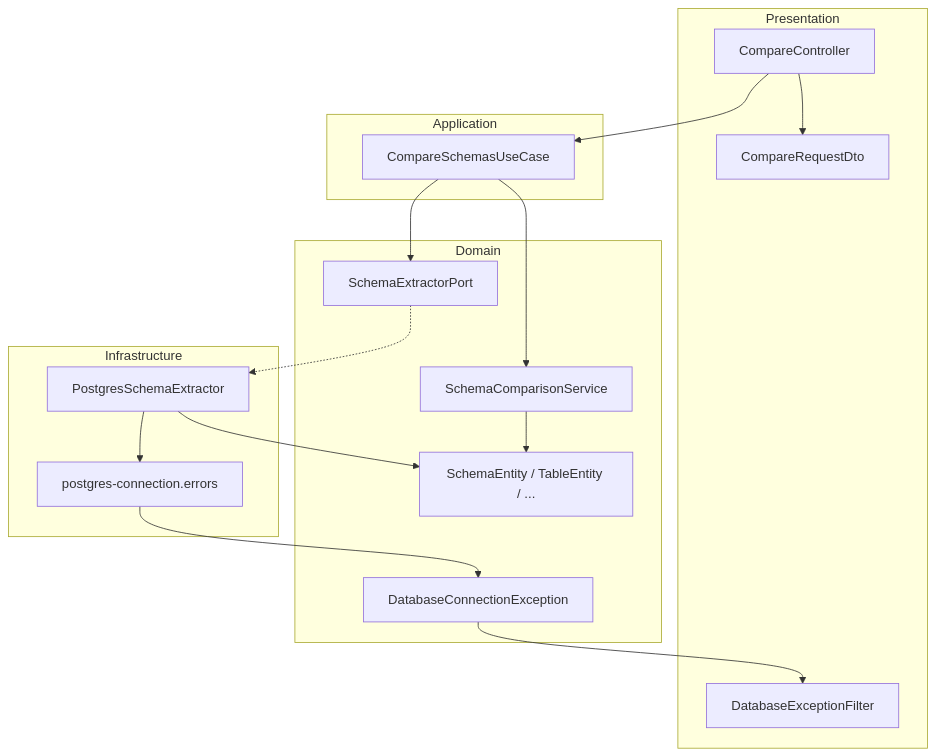
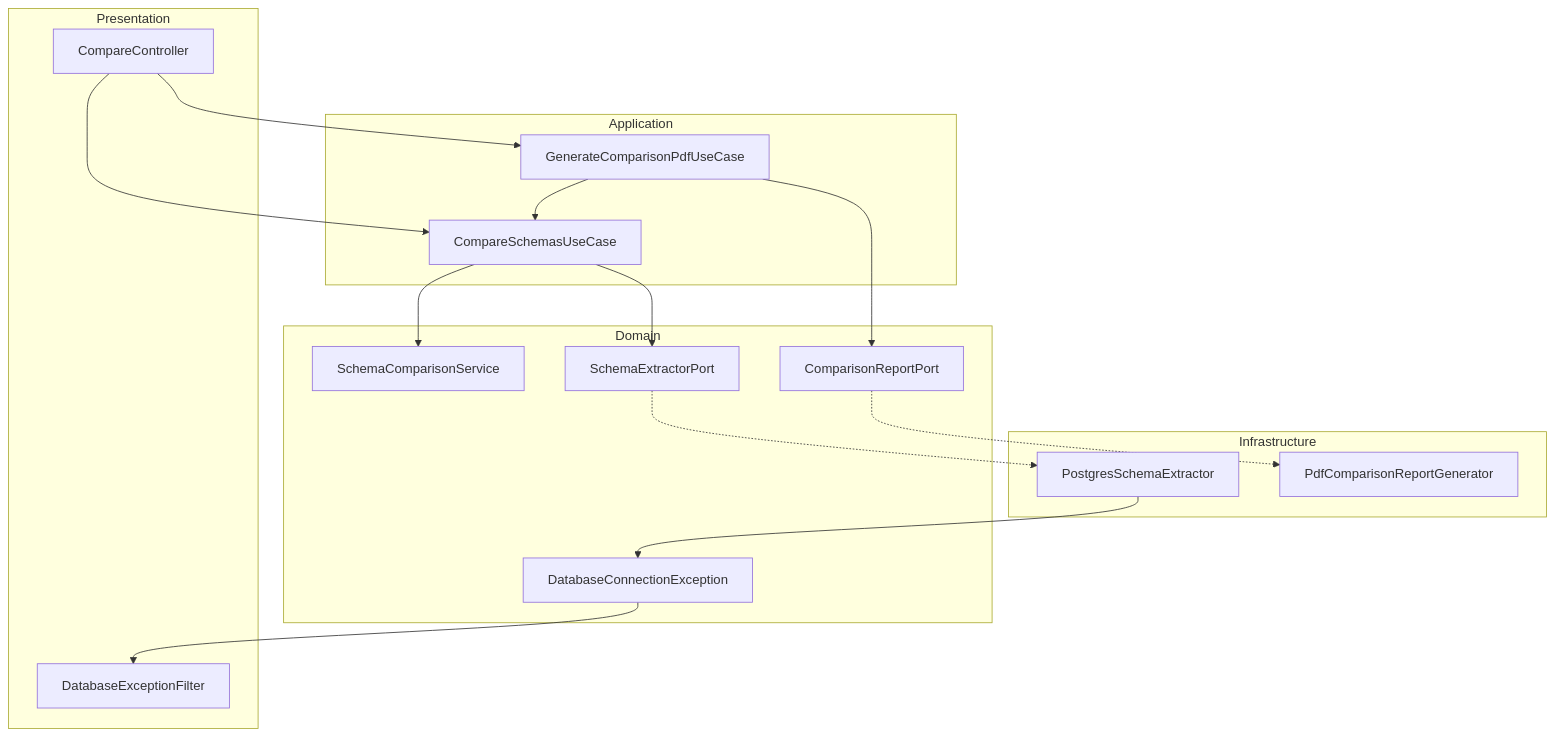
The diagram in README.md (Ricardo-1976/db-schema-comparator), drawn with Mermaid before and after one commit. The commit also changed other lines of this file and 15 other files, not shown here.

````diff
--- a/README.md
+++ b/README.md
@@ -143,35 +286,35 @@
 ```mermaid
 flowchart TB
     subgraph Presentation
         C[CompareController]
-        DTO[CompareRequestDto]
         FILT[DatabaseExceptionFilter]
     end
 
     subgraph Application
         UC[CompareSchemasUseCase]
+        PDF[GenerateComparisonPdfUseCase]
     end
 
     subgraph Domain
         SVC[SchemaComparisonService]
-        PORT[SchemaExtractorPort]
-        ENT[SchemaEntity / TableEntity / ...]
+        EXT[SchemaExtractorPort]
+        RPT[ComparisonReportPort]
         EXC[DatabaseConnectionException]
     end
 
     subgraph Infrastructure
         PG[PostgresSchemaExtractor]
-        ERR[postgres-connection.errors]
+        GEN[PdfComparisonReportGenerator]
     end
 
-    C --> DTO
     C --> UC
-    UC --> PORT
+    C --> PDF
+    UC --> EXT
     UC --> SVC
-    PORT -.-> PG
-    PG --> ERR
-    ERR --> EXC
+    PDF --> UC
+    PDF --> RPT
+    EXT -.-> PG
+    RPT -.-> GEN
+    PG --> EXC
     EXC --> FILT
-    PG --> ENT
-    SVC --> ENT
 ```
````
